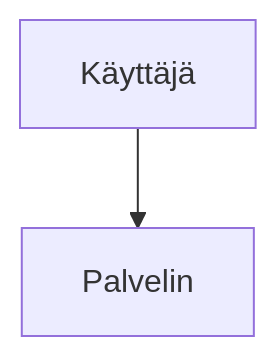
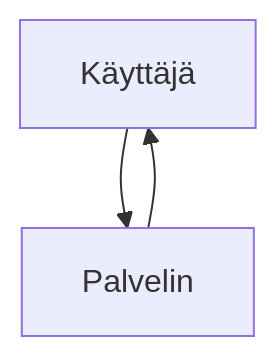
Before and after one commit to MiroIhalainen/Web-sovellusten-toimintaperiaatteet: the diagram in README.md, drawn with Mermaid.

````diff
--- a/README.md
+++ b/README.md
@@ -3,4 +3,5 @@
 ```mermaid
 graph TD;
   Käyttäjä-->Palvelin
+  Palvelin-->Käyttäjä
 ```
````
